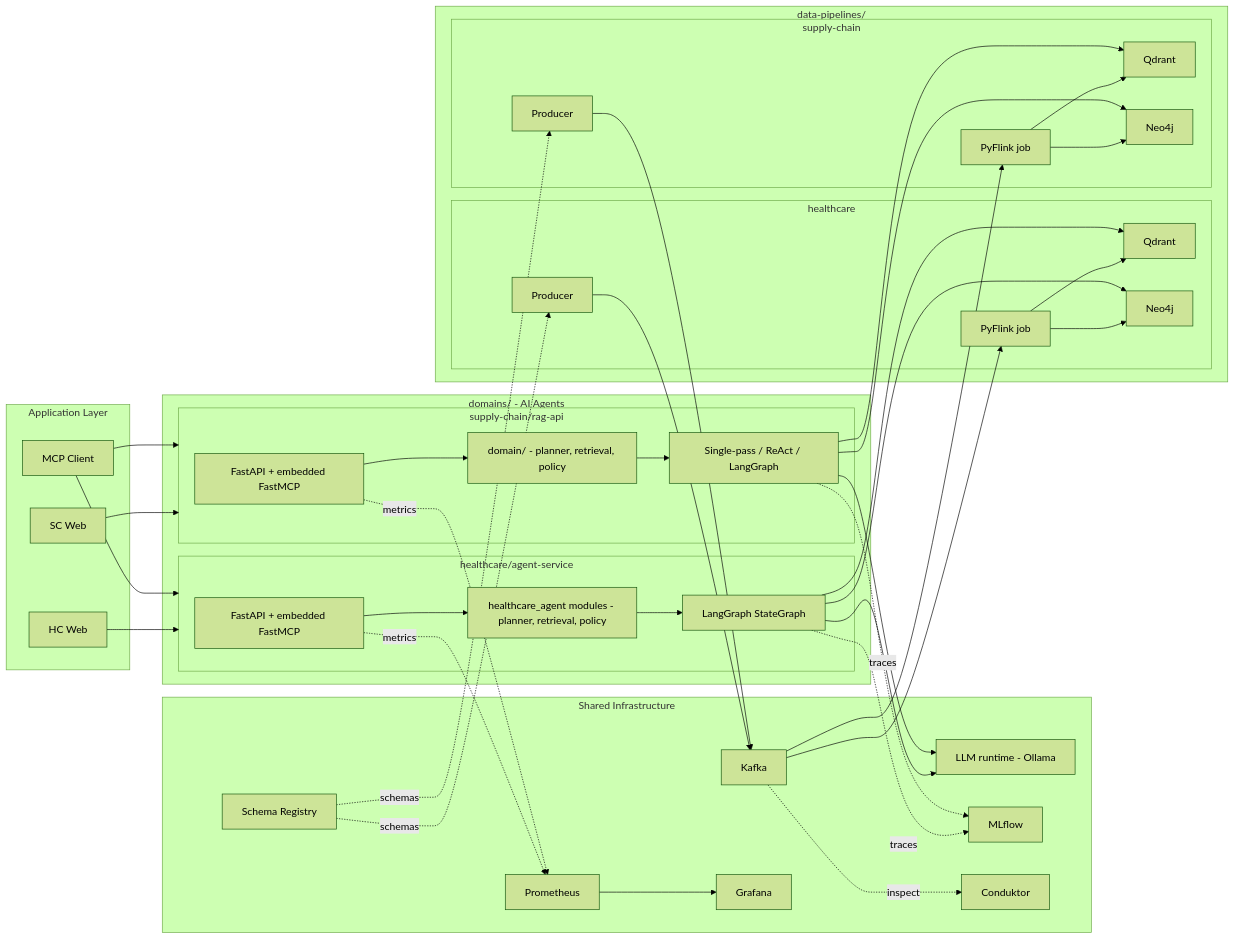
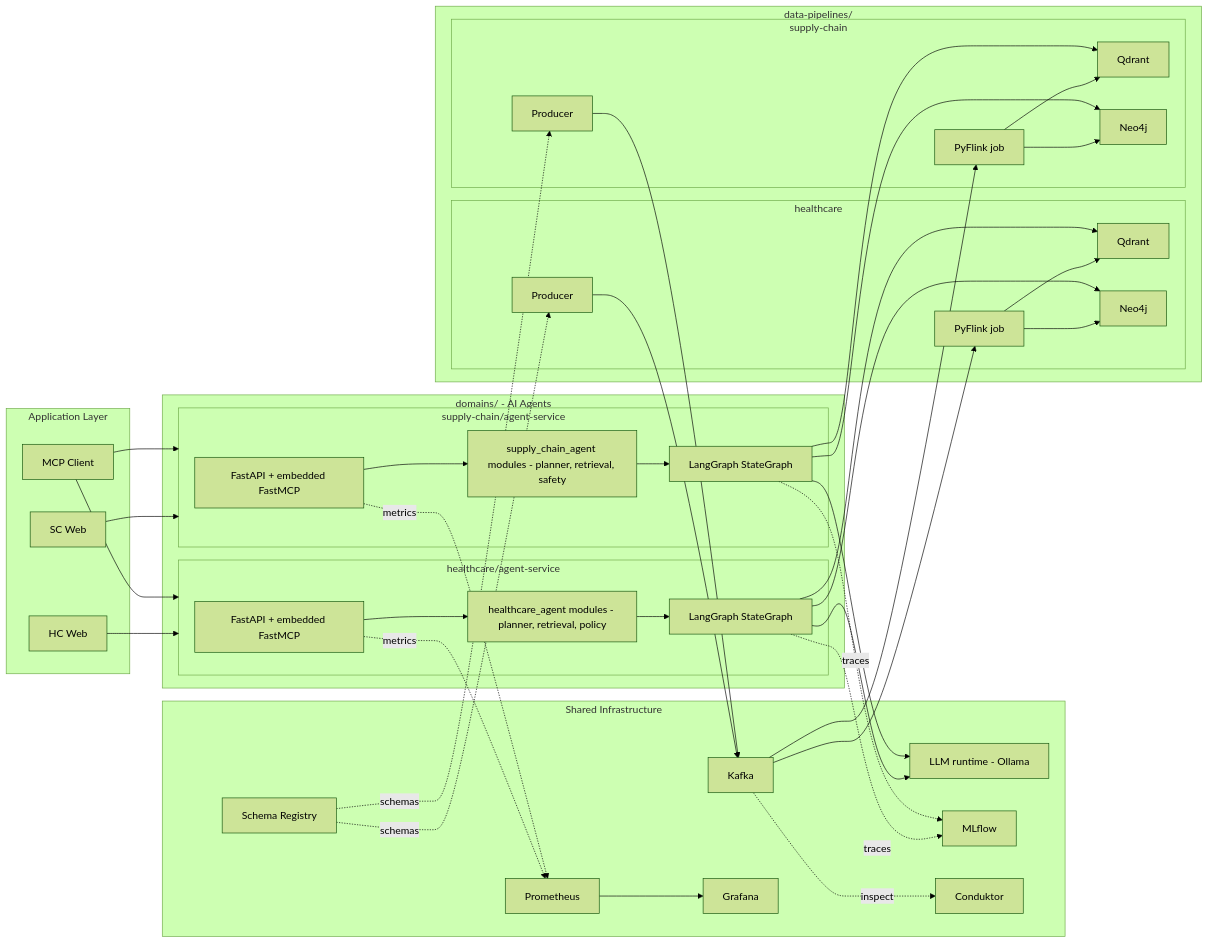
The first of 4 diagrams in docs/02_architecture.md (wchen-dea/Agentic-AI-Healthcare-GraphRAG), drawn with Mermaid (forest theme) before and after one commit. The commit also changed 13 other files, not shown here.

First line of the commit message:
Reconcile supply-chain skills tools and document Phase 4 (ADR-0012)

````diff
--- a/docs/02_architecture.md
+++ b/docs/02_architecture.md
@@ -258,65 +258,65 @@
 ```mermaid
 flowchart LR
   subgraph Infra[Shared Infrastructure]
     K[Kafka]
     SR[Schema Registry]
     L[LLM runtime - Ollama]
     PR[Prometheus]
     GF[Grafana]
     MLF[MLflow]
     CDK[Conduktor]
   end
 
   subgraph DP[data-pipelines/]
     subgraph DPHC[healthcare]
       HP[Producer] --> K
       SR -. schemas .-> HP
       K --> HF[PyFlink job]
       HF --> HQ[Qdrant]
       HF --> HN[Neo4j]
     end
     subgraph DPSC[supply-chain]
       SP[Producer] --> K
       SR -. schemas .-> SP
       K --> SF[PyFlink job]
       SF --> SQ[Qdrant]
       SF --> SN[Neo4j]
     end
   end
 
   subgraph Domains[domains/ - AI Agents]
     subgraph HCA[healthcare/agent-service]
       HAPI[FastAPI + embedded FastMCP]
       HDOM[healthcare_agent modules - planner, retrieval, policy]
       HMODES[LangGraph StateGraph]
       HAPI --> HDOM --> HMODES
     end
-    subgraph SCA[supply-chain/rag-api]
+    subgraph SCA[supply-chain/agent-service]
       SAPI[FastAPI + embedded FastMCP]
-      SDOM[domain/ - planner, retrieval, policy]
-      SMODES[Single-pass / ReAct / LangGraph]
+      SDOM[supply_chain_agent modules - planner, retrieval, safety]
+      SMODES[LangGraph StateGraph]
       SAPI --> SDOM --> SMODES
     end
   end
 
   subgraph UI[Application Layer]
     HWeb[HC Web] --> HCA
     SWeb[SC Web] --> SCA
     MCPClient[MCP Client] --> HCA
     MCPClient --> SCA
   end
 
   HMODES --> HQ
   HMODES --> HN
   SMODES --> SQ
   SMODES --> SN
   HMODES --> L
   SMODES --> L
 
   K -. inspect .-> CDK
   HAPI -. metrics .-> PR
   SAPI -. metrics .-> PR
   HMODES -. traces .-> MLF
   SMODES -. traces .-> MLF
   PR --> GF
 ```
````
